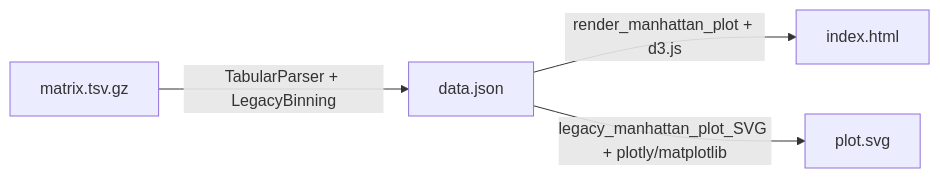
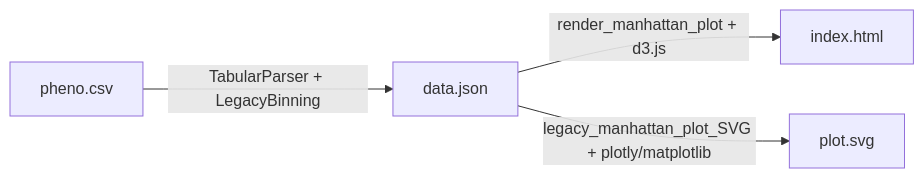
Before and after one commit to biermanr/StaticPheWeb: the third of 4 diagrams in dev_notes.md, drawn with Mermaid. The commit also changed other lines of this file and 4 other files, not shown here.

````diff
--- a/dev_notes.md
+++ b/dev_notes.md
@@ -1105,6 +1105,6 @@
 ```mermaid
 graph LR;
-    matrix.tsv.gz -->| TabularParser + LegacyBinning | data.json
+    pheno.csv -->| TabularParser + LegacyBinning | data.json
     data.json -->| render_manhattan_plot + d3.js | index.html
     data.json -->| legacy_manhattan_plot_SVG + plotly/matplotlib | plot.svg
 ```
````
